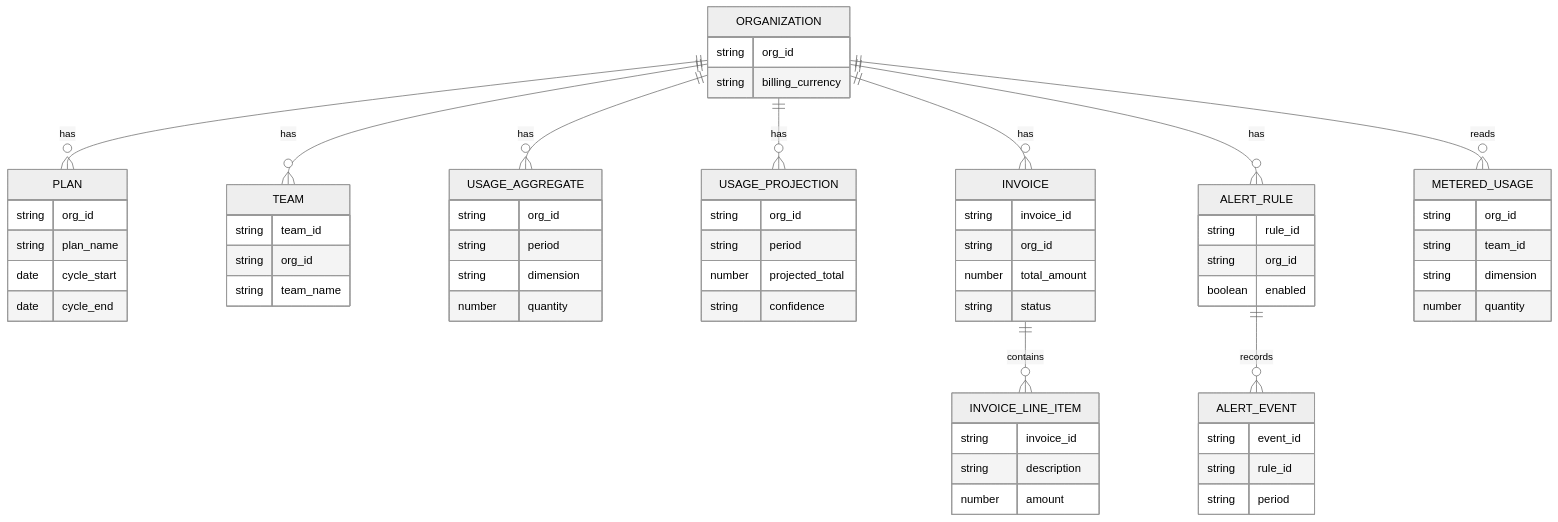
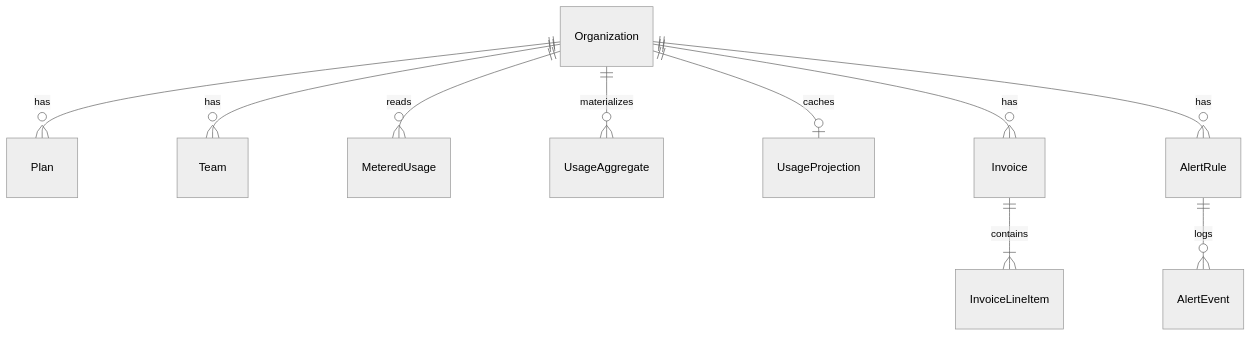
Before and after one commit to d0whc3r/spec-kit-product: the second of 5 diagrams in examples/specs/002-billing-usage-dashboard/product/30-design.md, drawn with Mermaid (neutral theme). The commit also changed other lines of this file and 4 other files, not shown here.

First line of the commit message:
Refactor Self-Serve Billing Usage Dashboard Documentation

````diff
--- a/examples/specs/002-billing-usage-dashboard/product/30-design.md
+++ b/examples/specs/002-billing-usage-dashboard/product/30-design.md
@@ -208,66 +160,12 @@
 ```mermaid
 erDiagram
-    ORGANIZATION ||--o{ PLAN : has
-    ORGANIZATION ||--o{ TEAM : has
-    ORGANIZATION ||--o{ USAGE_AGGREGATE : has
-    ORGANIZATION ||--o{ USAGE_PROJECTION : has
-    ORGANIZATION ||--o{ INVOICE : has
-    INVOICE ||--o{ INVOICE_LINE_ITEM : contains
-    ORGANIZATION ||--o{ ALERT_RULE : has
-    ALERT_RULE ||--o{ ALERT_EVENT : records
-    ORGANIZATION ||--o{ METERED_USAGE : reads
-    ORGANIZATION {
-        string org_id
-        string billing_currency
-    }
-    PLAN {
-        string org_id
-        string plan_name
-        date cycle_start
-        date cycle_end
-    }
-    TEAM {
-        string team_id
-        string org_id
-        string team_name
-    }
-    USAGE_AGGREGATE {
-        string org_id
-        string period
-        string dimension
-        number quantity
-    }
-    USAGE_PROJECTION {
-        string org_id
-        string period
-        number projected_total
-        string confidence
-    }
-    INVOICE {
-        string invoice_id
-        string org_id
-        number total_amount
-        string status
-    }
-    INVOICE_LINE_ITEM {
-        string invoice_id
-        string description
-        number amount
-    }
-    ALERT_RULE {
-        string rule_id
-        string org_id
-        boolean enabled
-    }
-    ALERT_EVENT {
-        string event_id
-        string rule_id
-        string period
-    }
-    METERED_USAGE {
-        string org_id
-        string team_id
-        string dimension
-        number quantity
-    }
+    Organization ||--o{ Plan : has
+    Organization ||--o{ Team : has
+    Organization ||--o{ MeteredUsage : reads
+    Organization ||--o{ UsageAggregate : materializes
+    Organization ||--o| UsageProjection : caches
+    Organization ||--o{ Invoice : has
+    Invoice ||--|{ InvoiceLineItem : contains
+    Organization ||--o{ AlertRule : has
+    AlertRule ||--o{ AlertEvent : logs
 ```
````
